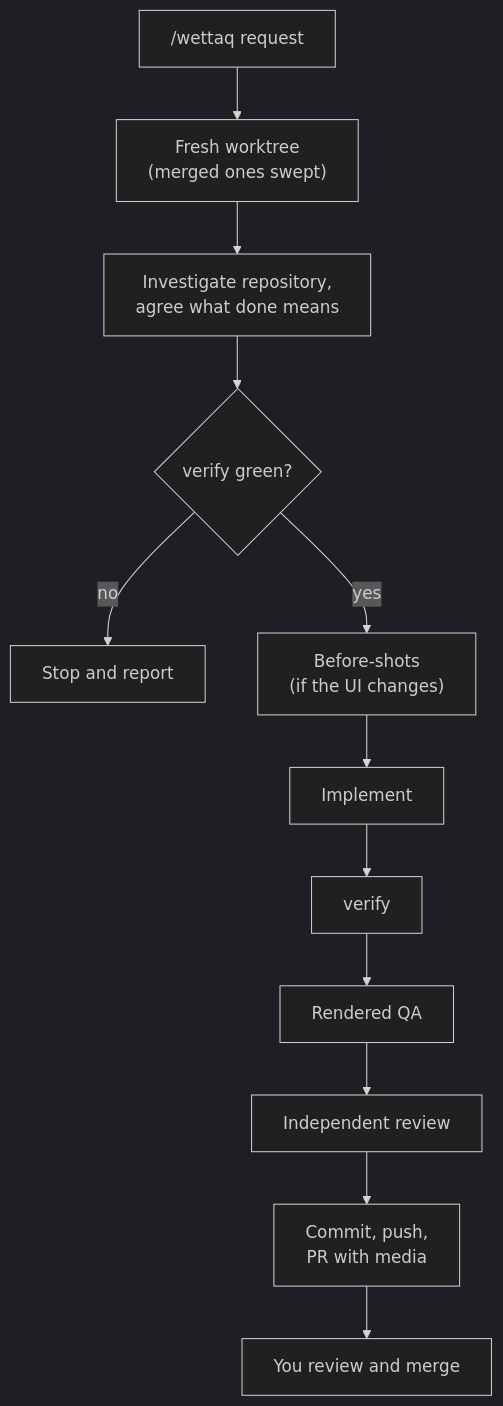
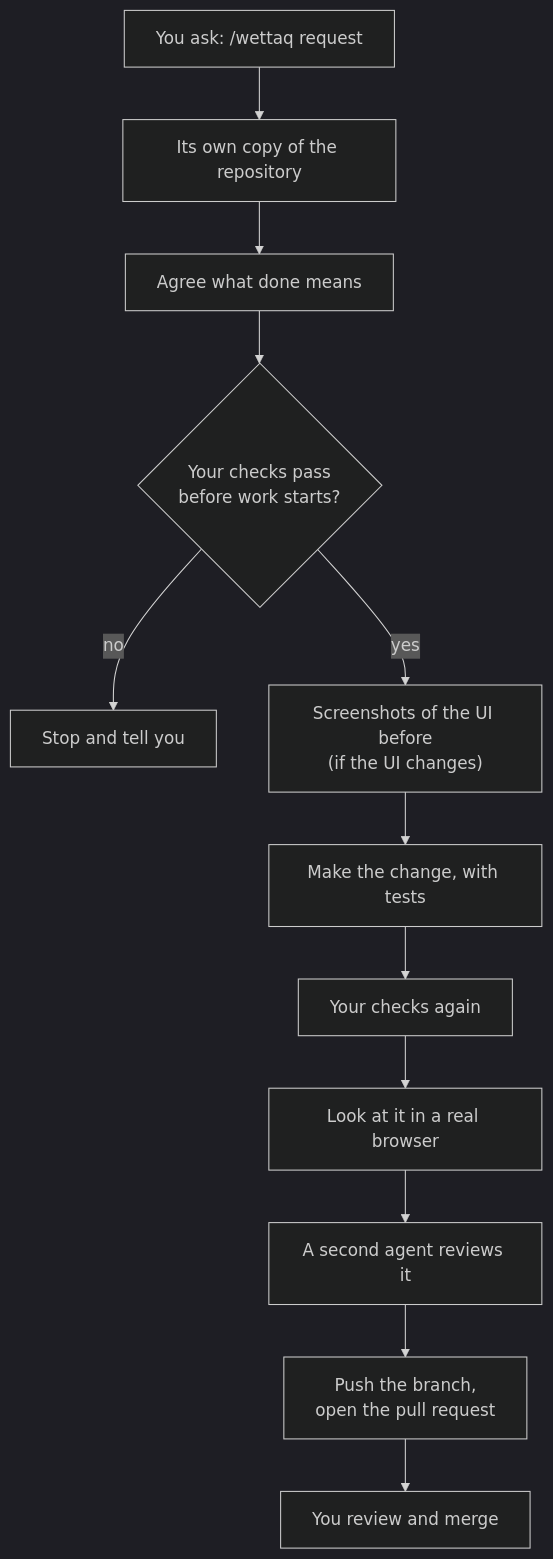
Before and after one commit to alexportelli12/mexxi: the diagram in docs/how-a-run-works.md, drawn with Mermaid (dark theme). The commit also changed other lines of this file and 13 other files, not shown here.

````diff
--- a/docs/how-a-run-works.md
+++ b/docs/how-a-run-works.md
@@ -14,14 +14,14 @@
 ```mermaid
 flowchart TD
-  A["/wettaq request"] --> B["Fresh worktree<br/>(merged ones swept)"]
-  B --> C["Investigate repository,<br/>agree what done means"]
-  C --> D{"verify green?"}
-  D -- no --> S["Stop and report"]
-  D -- yes --> E["Before-shots<br/>(if the UI changes)"]
-  E --> F["Implement"]
-  F --> G["verify"]
-  G --> H["Rendered QA"]
-  H --> I["Independent review"]
-  I --> J["Commit, push,<br/>PR with media"]
+  A["You ask: /wettaq request"] --> B["Its own copy of the repository"]
+  B --> C["Agree what done means"]
+  C --> D{"Your checks pass<br/>before work starts?"}
+  D -- no --> S["Stop and tell you"]
+  D -- yes --> E["Screenshots of the UI before<br/>(if the UI changes)"]
+  E --> F["Make the change, with tests"]
+  F --> G["Your checks again"]
+  G --> H["Look at it in a real browser"]
+  H --> I["A second agent reviews it"]
+  I --> J["Push the branch,<br/>open the pull request"]
   J --> K["You review and merge"]
 ```
````
